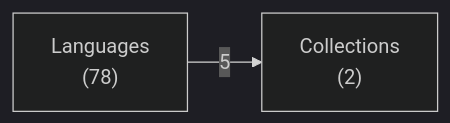
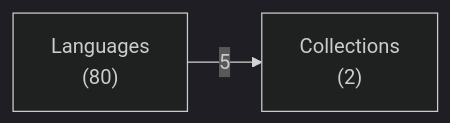
One commit to ruudkoot/rune changed the first of 3 diagrams in docs/lib/language/haskell/depends.md. Above: the diagram before and after it, drawn with Mermaid (dark theme). The commit also changed other lines of this file and 16 other files, not shown here.

````diff
--- a/docs/lib/language/haskell/depends.md
+++ b/docs/lib/language/haskell/depends.md
@@ -24,6 +24,6 @@
 ```mermaid
 flowchart LR
-  a0["Languages<br>(78)"]
+  a0["Languages<br>(80)"]
   a1["Collections<br>(2)"]
   a0 -- 5 --> a1
 ```
````
